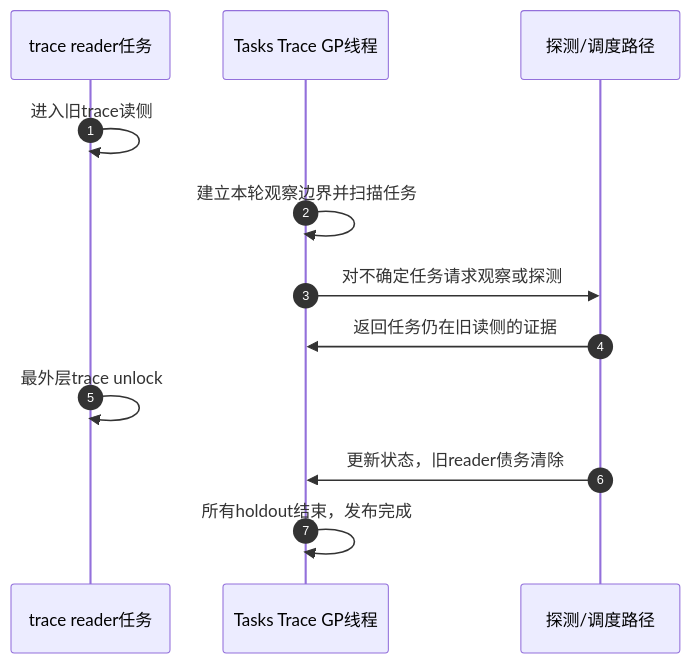
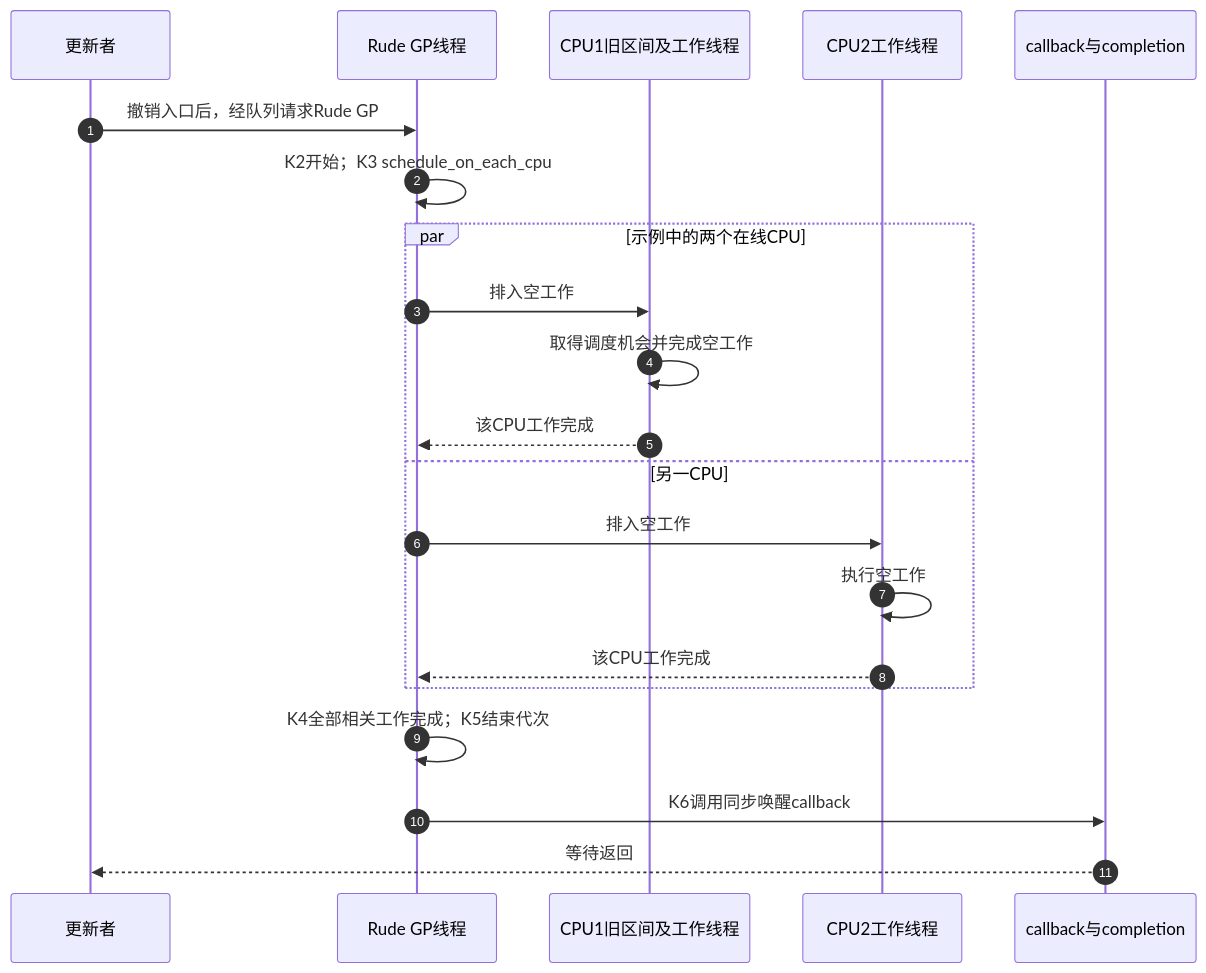
The third of 4 diagrams in knowledge/linux/synchronization_and_asynchrony/synchronization/rcu/P19_Tasks_RCU_任务轨迹宽限期.md (FormingSystem/linux_note), drawn with Mermaid before and after one commit. The commit also changed other lines of this file and 1 other file, not shown here.

First line of the commit message:
content(rcu/tasks): 补齐任务边界与共享状态取证过程

````diff
--- a/knowledge/linux/synchronization_and_asynchrony/synchronization/rcu/P19_Tasks_RCU_任务轨迹宽限期.md
+++ b/knowledge/linux/synchronization_and_asynchrony/synchronization/rcu/P19_Tasks_RCU_任务轨迹宽限期.md
@@ -108,15 +146,23 @@
 ```mermaid
 sequenceDiagram
     autonumber
-    participant R as trace reader任务
-    participant G as Tasks Trace GP线程
-    participant P as 探测/调度路径
-
-    R->>R: 进入旧trace读侧
-    G->>G: 建立本轮观察边界并扫描任务
-    G->>P: 对不确定任务请求观察或探测
-    P->>G: 返回任务仍在旧读侧的证据
-    R->>R: 最外层trace unlock
-    P->>G: 更新状态，旧reader债务清除
-    G->>G: 所有holdout结束，发布完成
+    participant U as 更新者
+    participant G as Rude GP线程
+    participant A as CPU1旧区间及工作线程
+    participant B as CPU2工作线程
+    participant C as callback与completion
+    U->>G: 撤销入口后，经队列请求Rude GP
+    G->>G: K2开始；K3 schedule_on_each_cpu
+    par 示例中的两个在线CPU
+        G->>A: 排入空工作
+        A->>A: 取得调度机会并完成空工作
+        A-->>G: 该CPU工作完成
+    and 另一CPU
+        G->>B: 排入空工作
+        B->>B: 执行空工作
+        B-->>G: 该CPU工作完成
+    end
+    G->>G: K4全部相关工作完成；K5结束代次
+    G->>C: K6调用同步唤醒callback
+    C-->>U: 等待返回
 ```
````
